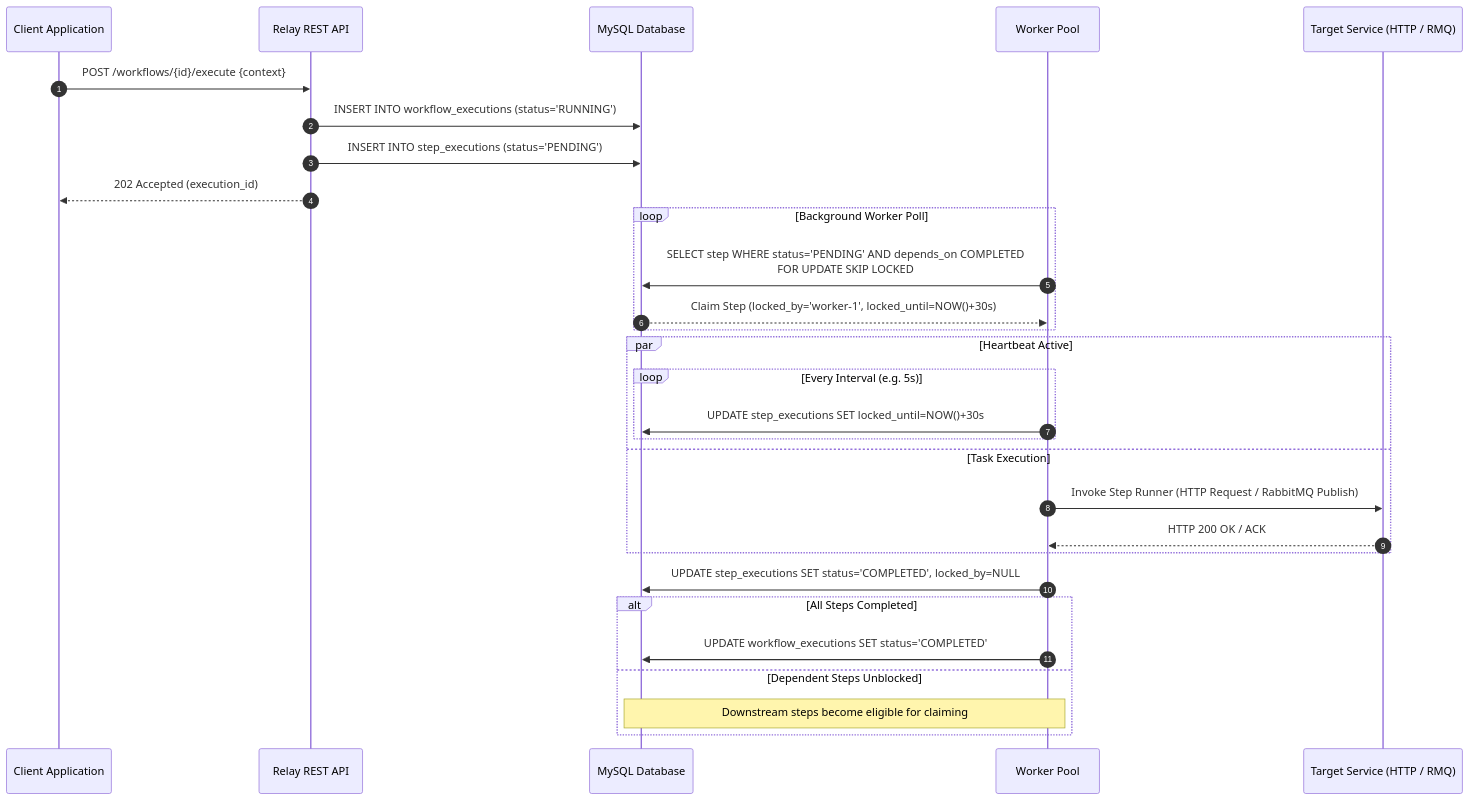
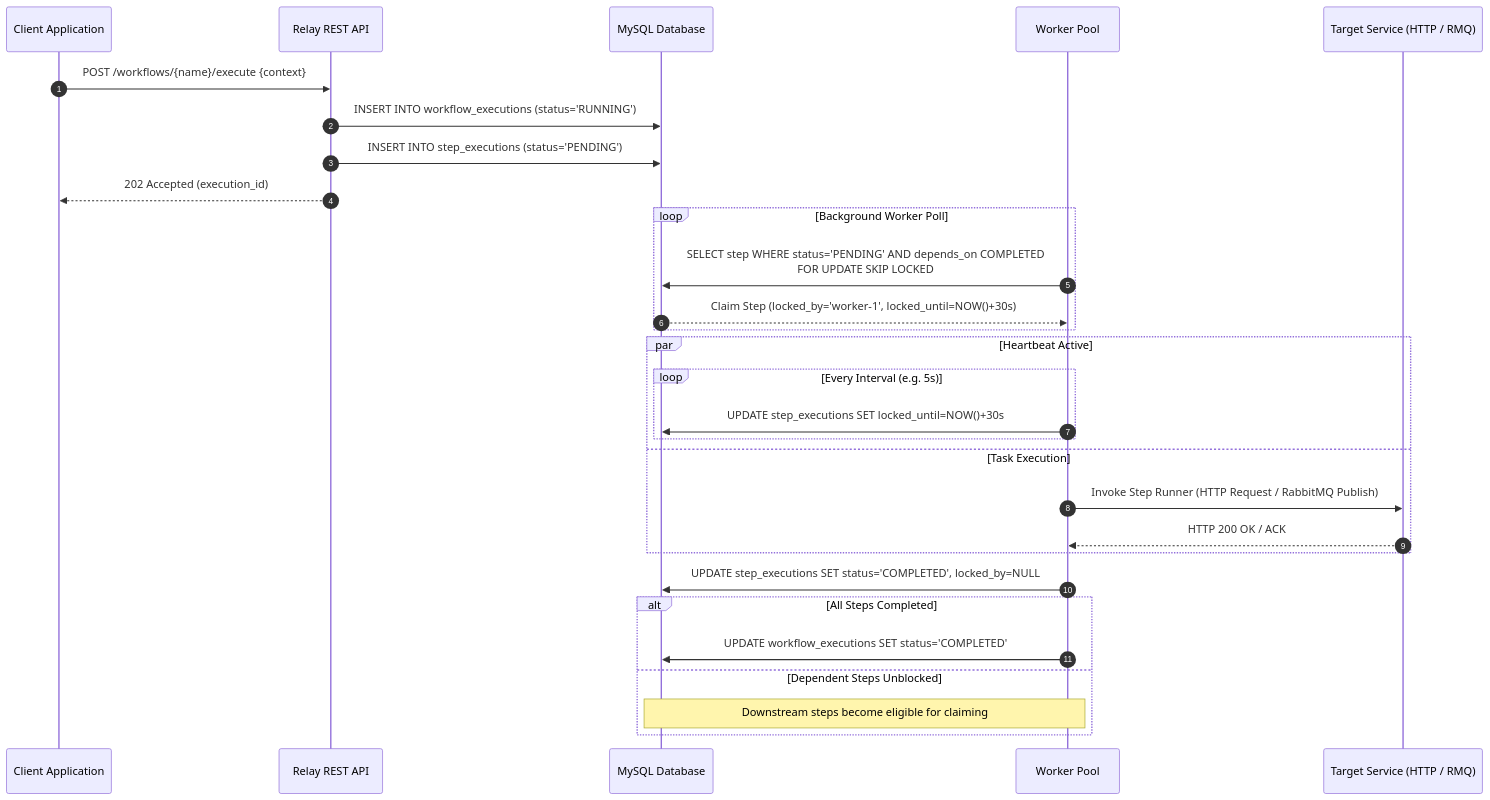
The second of 3 diagrams in README.md (vhysxl/relay), drawn with Mermaid before and after one commit. The commit also changed other lines of this file and 26 other files, not shown here.

````diff
--- a/README.md
+++ b/README.md
@@ -744,36 +744,36 @@
 ```mermaid
 sequenceDiagram
     autonumber
     participant Client as Client Application
     participant API as Relay REST API
     participant DB as MySQL Database
     participant Worker as Worker Pool
     participant Ext as Target Service (HTTP / RMQ)
 
-    Client->>API: POST /workflows/{id}/execute {context}
+    Client->>API: POST /workflows/{name}/execute {context}
     API->>DB: INSERT INTO workflow_executions (status='RUNNING')
     API->>DB: INSERT INTO step_executions (status='PENDING')
     API-->>Client: 202 Accepted (execution_id)
 
     loop Background Worker Poll
         Worker->>DB: SELECT step WHERE status='PENDING' AND depends_on COMPLETED<br/>FOR UPDATE SKIP LOCKED
         DB-->>Worker: Claim Step (locked_by='worker-1', locked_until=NOW()+30s)
     end
 
     par Heartbeat Active
         loop Every Interval (e.g. 5s)
             Worker->>DB: UPDATE step_executions SET locked_until=NOW()+30s
         end
     and Task Execution
         Worker->>Ext: Invoke Step Runner (HTTP Request / RabbitMQ Publish)
         Ext-->>Worker: HTTP 200 OK / ACK
     end
 
     Worker->>DB: UPDATE step_executions SET status='COMPLETED', locked_by=NULL
     
     alt All Steps Completed
         Worker->>DB: UPDATE workflow_executions SET status='COMPLETED'
     else Dependent Steps Unblocked
         Note over Worker,DB: Downstream steps become eligible for claiming
     end
 ```
````
